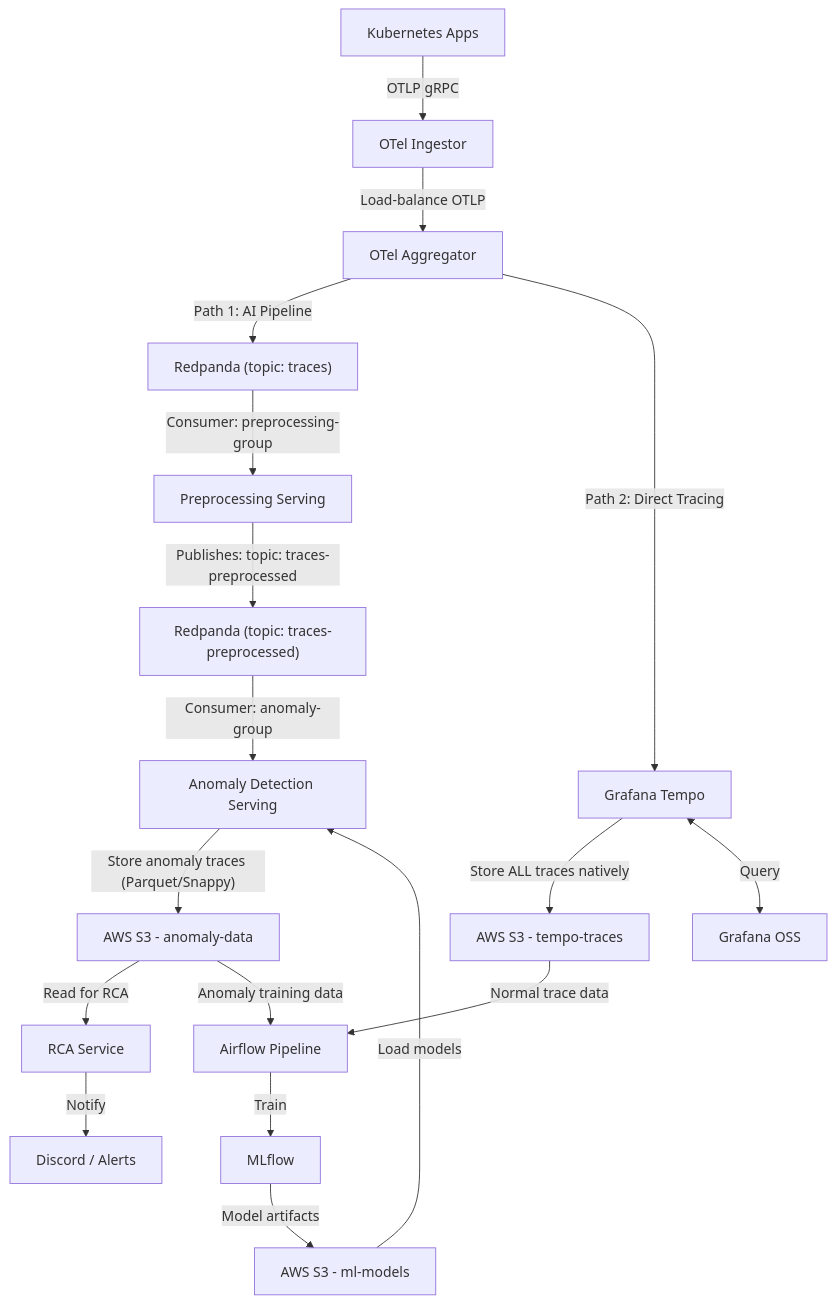
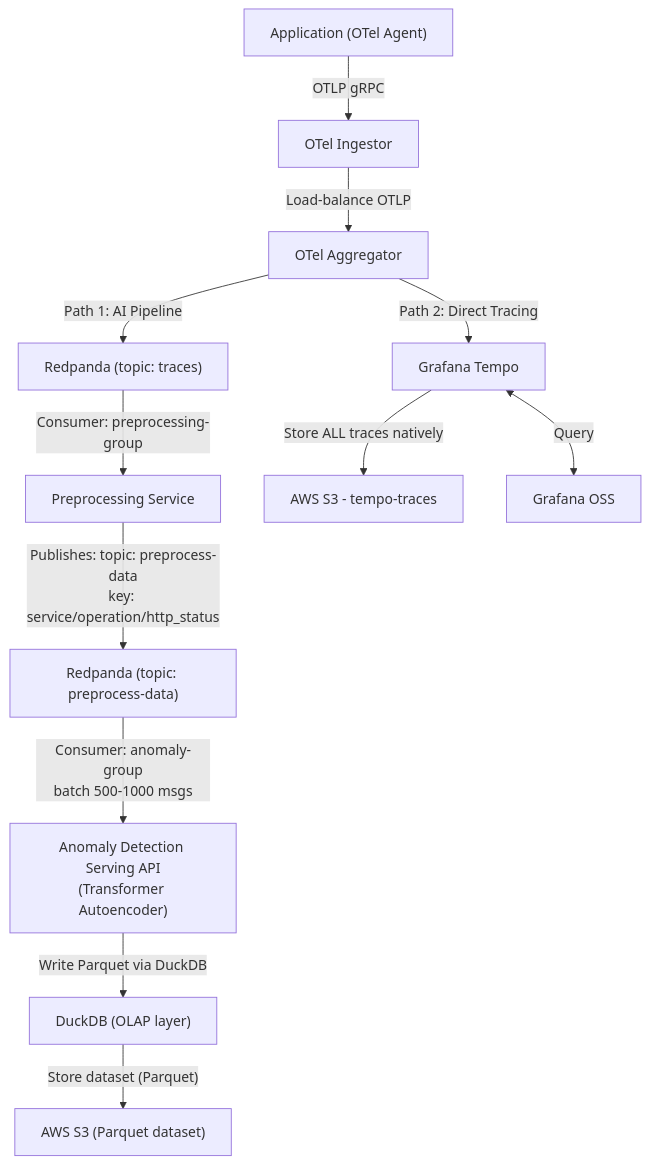
Before and after one commit to MeetingTeam/MyRCA: the second of 2 diagrams in .agent/ai-governance-rules-thesis.md, drawn with Mermaid. The commit also changed other lines of this file and 5 other files, not shown here.

````diff
--- a/.agent/ai-governance-rules-thesis.md
+++ b/.agent/ai-governance-rules-thesis.md
@@ -89,28 +92,20 @@
 ```mermaid
 graph TB
-    A["Kubernetes Apps"] -->|OTLP gRPC| B["OTel Ingestor"]
+    A["Application (OTel Agent)"] -->|OTLP gRPC| B["OTel Ingestor"]
     B -->|Load-balance OTLP| C["OTel Aggregator"]
 
     %% Parallel fork
     C -->|"Path 1: AI Pipeline"| D["Redpanda (topic: traces)"]
     C -->|"Path 2: Direct Tracing"| H["Grafana Tempo"]
 
     %% Path 1 – AI/ML pipeline
-    D -->|"Consumer: preprocessing-group"| E["Preprocessing Serving"]
-    E -->|"Publishes: topic: traces-preprocessed"| F["Redpanda (topic: traces-preprocessed)"]
-    F -->|"Consumer: anomaly-group"| G["Anomaly Detection Serving"]
-    G -->|"Store anomaly traces (Parquet/Snappy)"| S1["AWS S3 - anomaly-data"]
-    S1 -->|Read for RCA| I["RCA Service"]
-    I -->|Notify| J["Discord / Alerts"]
+    D -->|"Consumer: preprocessing-group"| E["Preprocessing Service"]
+    E -->|"Publishes: topic: preprocess-data<br/>key: service/operation/http_status"| F["Redpanda (topic: preprocess-data)"]
+    F -->|"Consumer: anomaly-group<br/>batch 500-1000 msgs"| G["Anomaly Detection Serving API<br/>(Transformer Autoencoder)"]
+    G -->|"Write Parquet via DuckDB"| DK["DuckDB (OLAP layer)"]
+    DK -->|"Store dataset (Parquet)"| S1["AWS S3 (Parquet dataset)"]
 
     %% Path 2 – Tempo
     H -->|Store ALL traces natively| S2["AWS S3 - tempo-traces"]
     H <-->|Query| K["Grafana OSS"]
-
-    %% Training loop
-    S2 -->|Normal trace data| L["Airflow Pipeline"]
-    S1 -->|Anomaly training data| L
-    L -->|Train| M["MLflow"]
-    M -->|Model artifacts| S3["AWS S3 - ml-models"]
-    S3 -->|Load models| G
 ```
````
